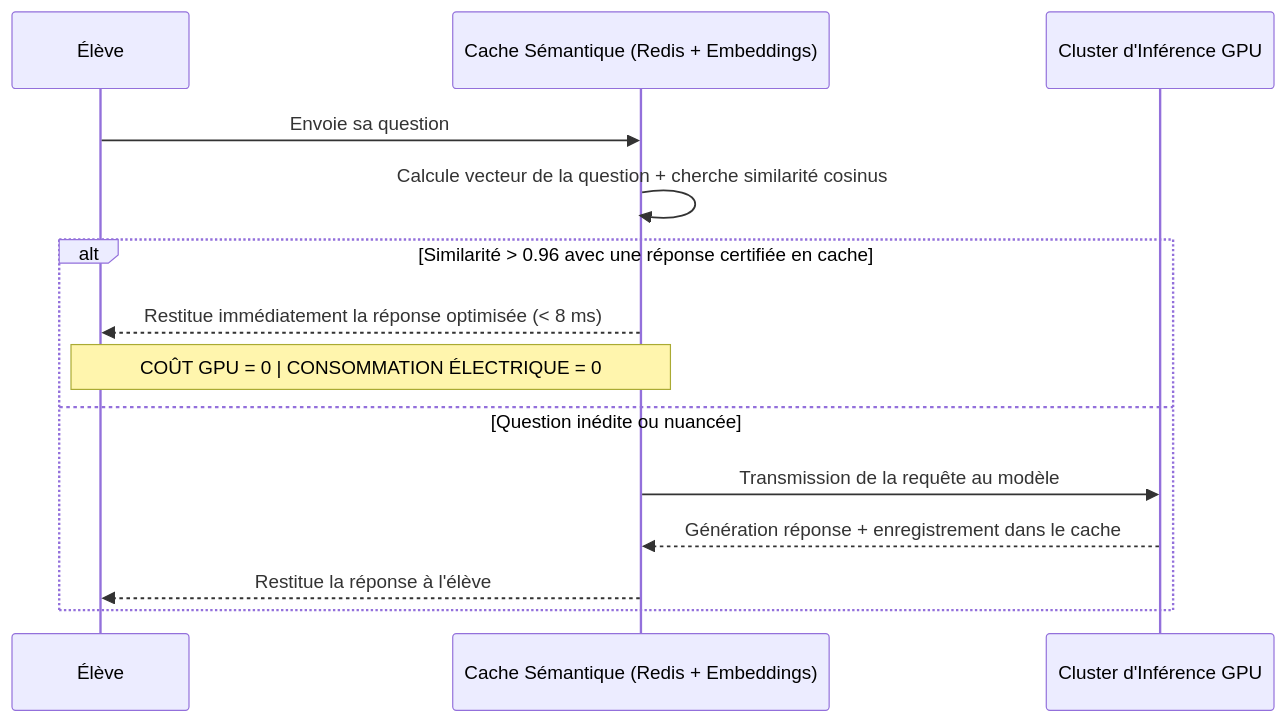
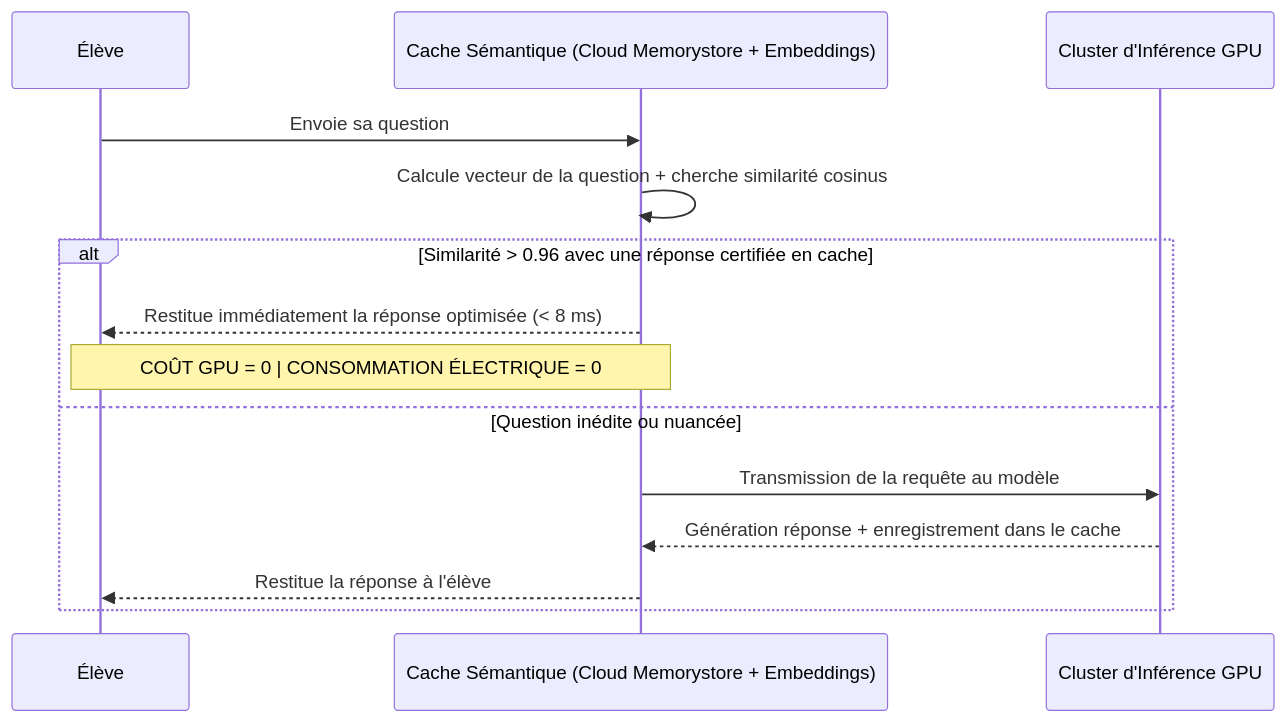
The second of 2 diagrams in tome-8/148/README.md (Adolphechris/clenel-elysium), drawn with Mermaid before and after one commit. The commit also changed 39 other files, not shown here.

````diff
--- a/tome-8/148/README.md
+++ b/tome-8/148/README.md
@@ -41,17 +41,17 @@
 ```mermaid
 sequenceDiagram
     participant E as Élève
-    participant CACHE as Cache Sémantique (Redis + Embeddings)
+    participant CACHE as Cache Sémantique (Cloud Memorystore + Embeddings)
     participant LLM as Cluster d'Inférence GPU
 
     E->>CACHE: Envoie sa question
     CACHE->>CACHE: Calcule vecteur de la question + cherche similarité cosinus
     alt Similarité > 0.96 avec une réponse certifiée en cache
         CACHE-->>E: Restitue immédiatement la réponse optimisée (< 8 ms)
         Note over CACHE,E: COÛT GPU = 0 | CONSOMMATION ÉLECTRIQUE = 0
     else Question inédite ou nuancée
         CACHE->>LLM: Transmission de la requête au modèle
         LLM-->>CACHE: Génération réponse + enregistrement dans le cache
         CACHE-->>E: Restitue la réponse à l'élève
     end
 ```
````
